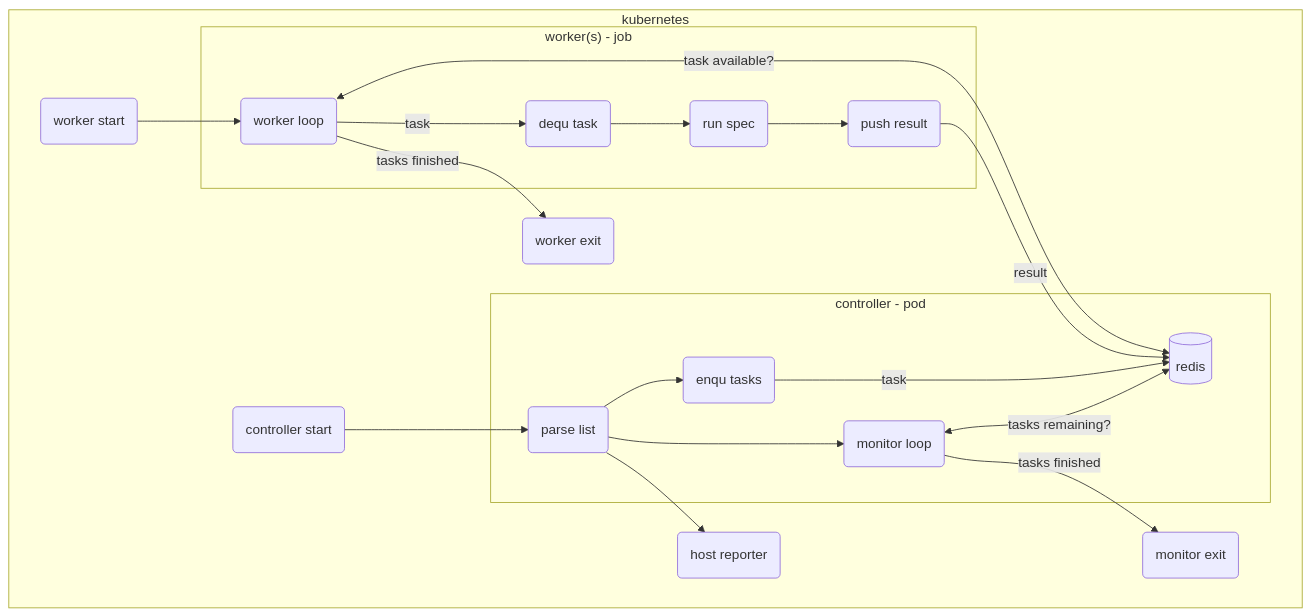
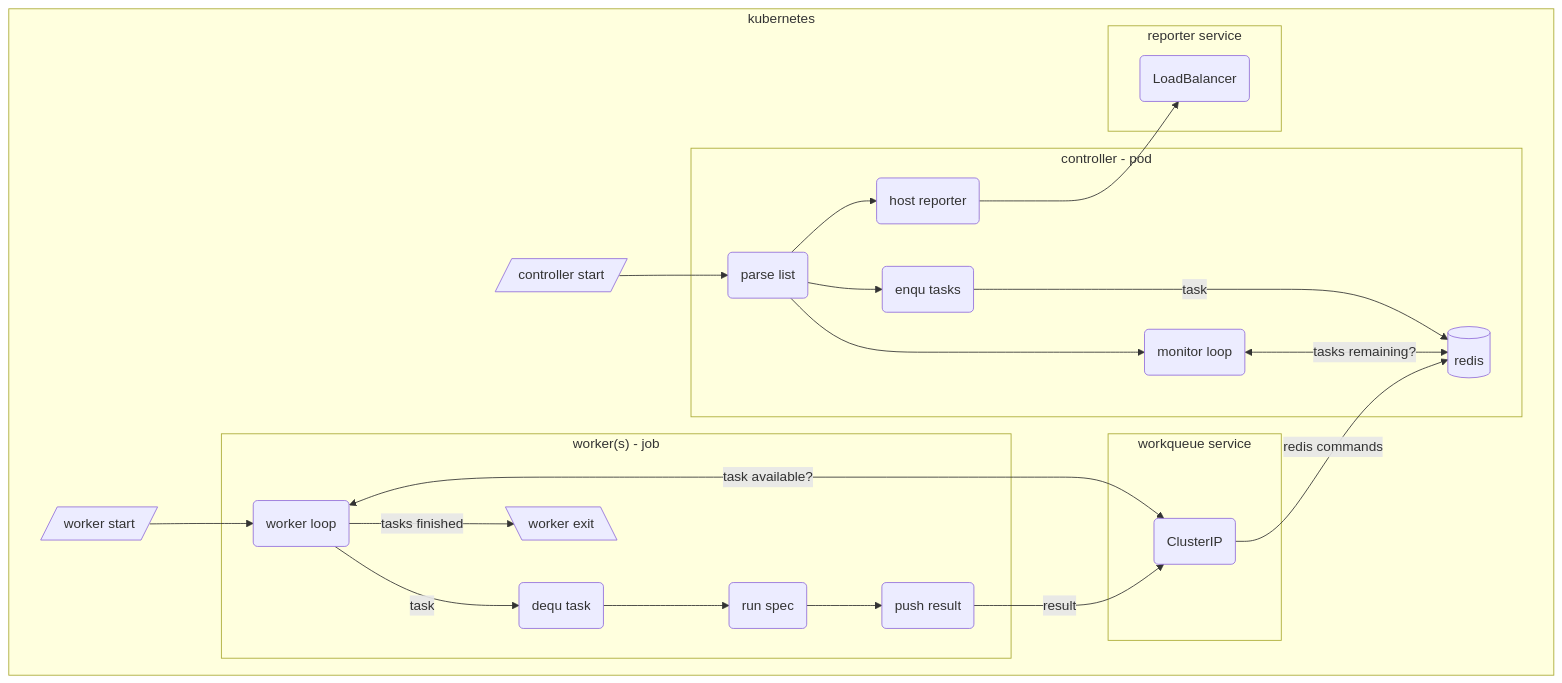
The diagram in README.md (bspain/funkytown), drawn with Mermaid before and after one commit. The commit also changed other lines of this file and 1 other file, not shown here.

````diff
--- a/README.md
+++ b/README.md
@@ -12,23 +17,28 @@
 ```mermaid
 flowchart
     subgraph K["kubernetes"]
-        CS(controller start) --> PL
+        CS[/controller start/] --> PL
         subgraph C ["controller - pod"]
             PL(parse list) --> PST(enqu tasks)
             PL --> ML(monitor loop)
             PST --->|task| RDB[(redis)]
             ML <-->|tasks remaining?| RDB
+            PL --> HR(host reporter)
         end
-        WS(worker start) --> ML2
+        subgraph R ["workqueue service"]
+            RC(ClusterIP) -->|redis commands| RDB
+        end
+        WS[/worker start/] --> ML2
         subgraph W ["worker(s) - job"]
-            ML2(worker loop) <-->|task available?| RDB
+            ML2(worker loop) <-->|task available?| RC
             ML2 -->|task| POT(dequ task)
             POT --> RS(run spec)
             RS --> PR(push result)
-            PR -->|result| RDB
+            PR -->|result| RC
+            ML2 -->|tasks finished| WE[\worker exit\]
         end
-        PL --> HR(host reporter)
-        ML -->|tasks finished| CE(monitor exit)
-        ML2 -->|tasks finished| WE(worker exit)
+        subgraph S ["reporter service"]
+            HR --> RPS(LoadBalancer)
+        end
     end
 ```
````
